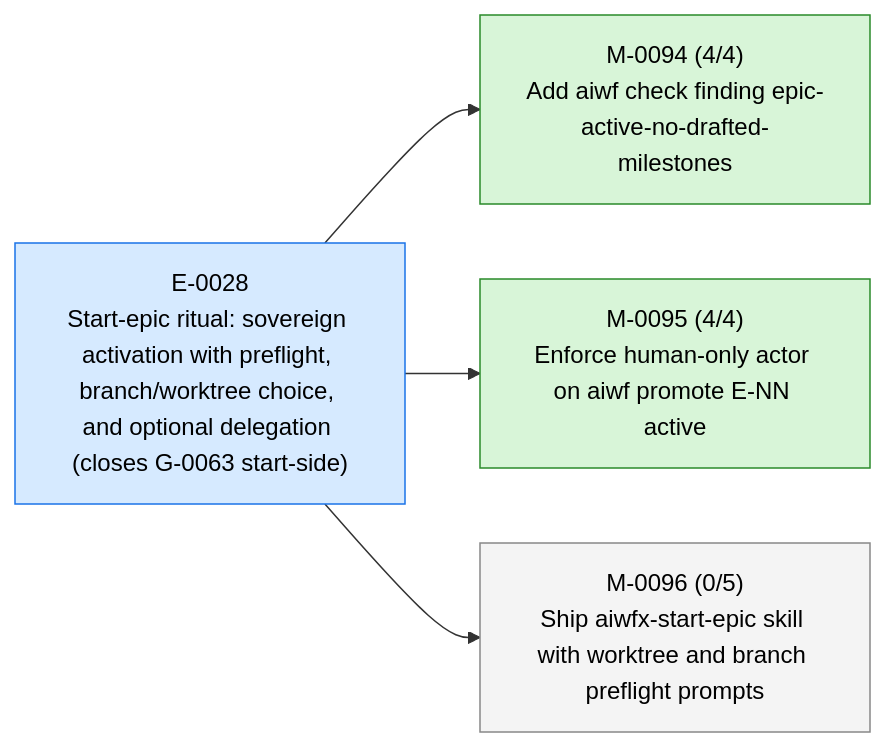
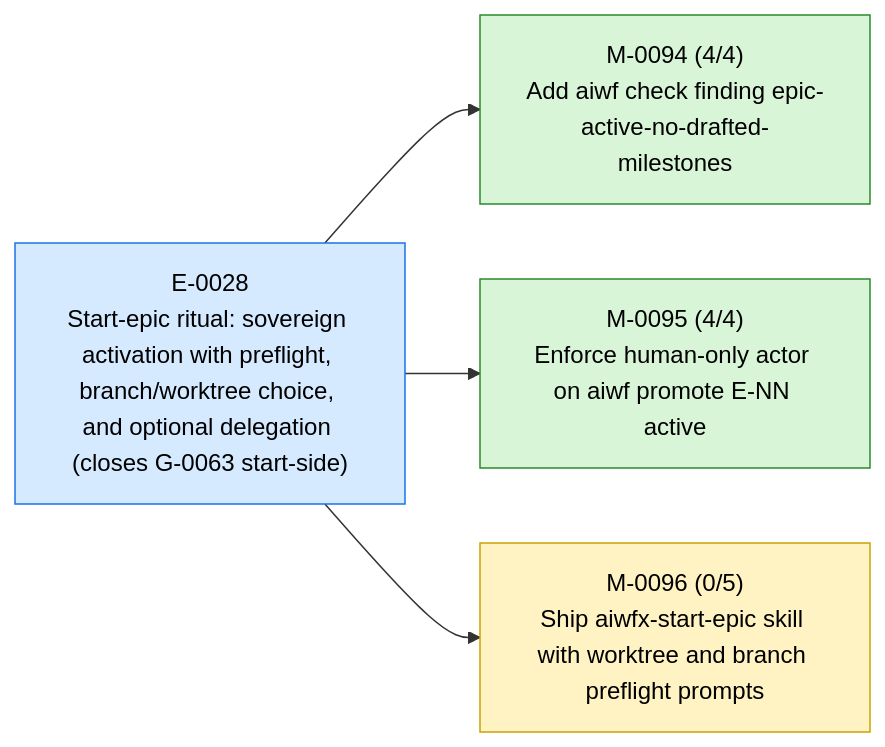
One commit to 23min/aiwf changed the first of 3 diagrams in STATUS.md. Above: the diagram before and after it, drawn with Mermaid. The commit also changed other lines of this file and 1 other file, not shown here.

First line of the commit message:
aiwf promote M-0096 draft -> in_progress

````diff
--- a/STATUS.md
+++ b/STATUS.md
@@ -15,16 +15,16 @@
 ```mermaid
 flowchart LR
   E_0028["E-0028<br/>Start-epic ritual: sovereign activation with preflight, branch/worktree choice, and optional delegation (closes G-0063 start-side)"]:::epic_active
   M_0094["M-0094 (4/4)<br/>Add aiwf check finding epic-active-no-drafted-milestones"]:::ms_done
   E_0028 --> M_0094
   M_0095["M-0095 (4/4)<br/>Enforce human-only actor on aiwf promote E-NN active"]:::ms_done
   E_0028 --> M_0095
-  M_0096["M-0096 (0/5)<br/>Ship aiwfx-start-epic skill with worktree and branch preflight prompts"]:::ms_draft
+  M_0096["M-0096 (0/5)<br/>Ship aiwfx-start-epic skill with worktree and branch preflight prompts"]:::ms_in_progress
   E_0028 --> M_0096
   classDef epic_active fill:#d6eaff,stroke:#1a73e8,color:#000
   classDef epic_proposed fill:#f4f4f4,stroke:#888,color:#000
   classDef ms_done fill:#d8f5d8,stroke:#2a8a2a,color:#000
   classDef ms_in_progress fill:#fff3c4,stroke:#caa400,color:#000
   classDef ms_draft fill:#f4f4f4,stroke:#888,color:#000
   classDef ms_cancelled fill:#fbeaea,stroke:#c33,color:#000
 ```
````
